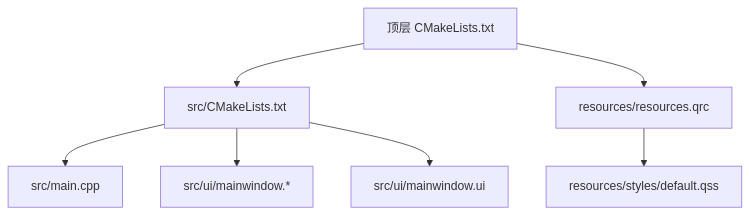
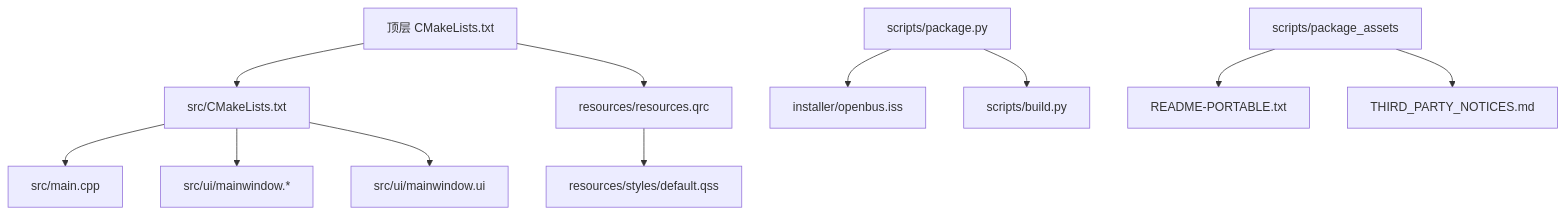
Before and after one commit to jakecai1225-design/OpenBus: the first of 3 diagrams in .qoder/repowiki/zh/content/构建和部署/打包和部署.md, drawn with Mermaid. The commit also changed other lines of this file and 64 other files, not shown here.

````diff
--- a/.qoder/repowiki/zh/content/构建和部署/打包和部署.md
+++ b/.qoder/repowiki/zh/content/构建和部署/打包和部署.md
@@ -33,9 +46,13 @@
 ```mermaid
 graph TB
 A["顶层 CMakeLists.txt"] --> B["src/CMakeLists.txt"]
 B --> C["src/main.cpp"]
 B --> D["src/ui/mainwindow.*"]
 B --> E["src/ui/mainwindow.ui"]
 A --> F["resources/resources.qrc"]
 F --> G["resources/styles/default.qss"]
+H["scripts/package.py"] --> I["installer/openbus.iss"]
+H --> J["scripts/build.py"]
+K["scripts/package_assets"] --> L["README-PORTABLE.txt"]
+K --> M["THIRD_PARTY_NOTICES.md"]
 ```
````
